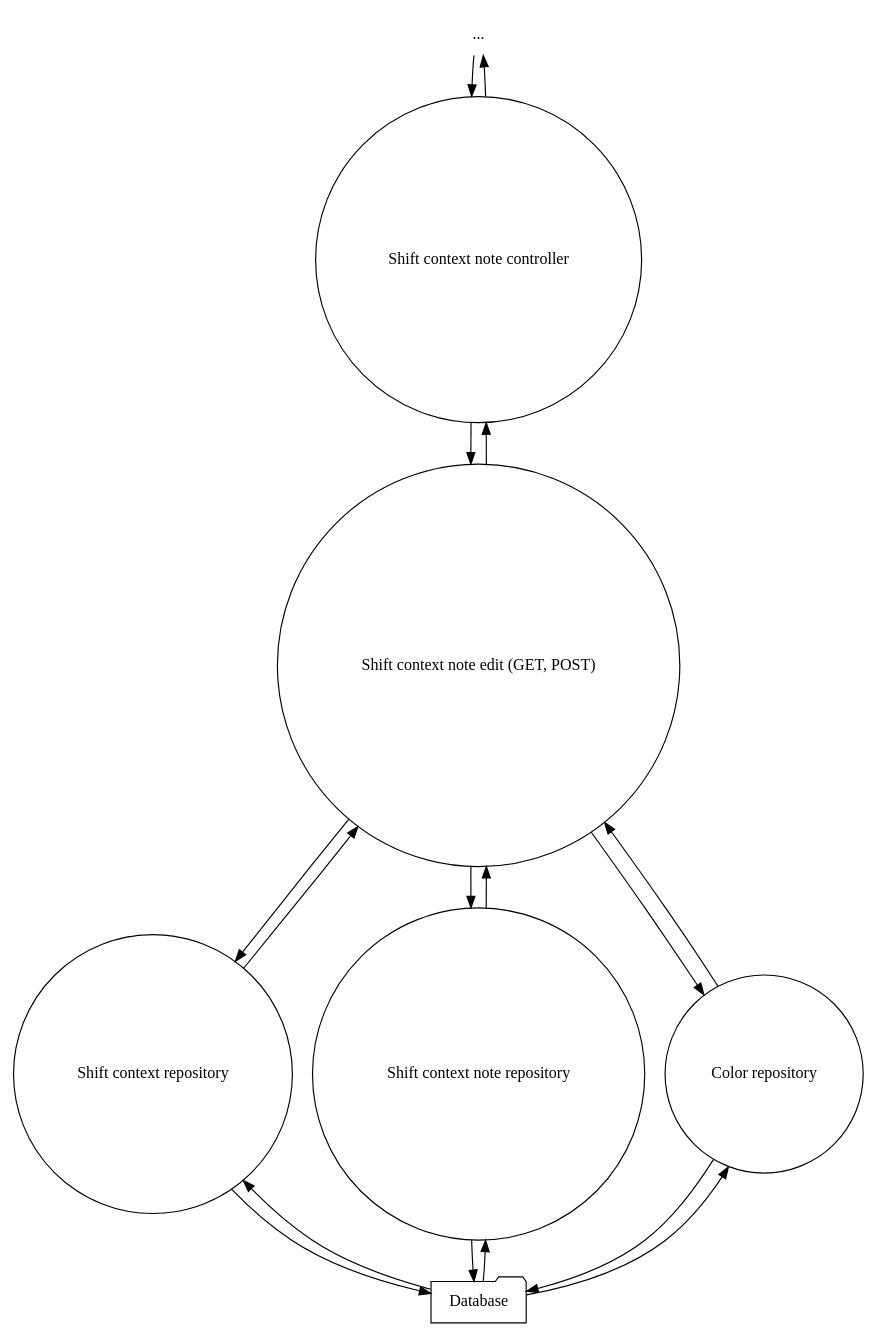
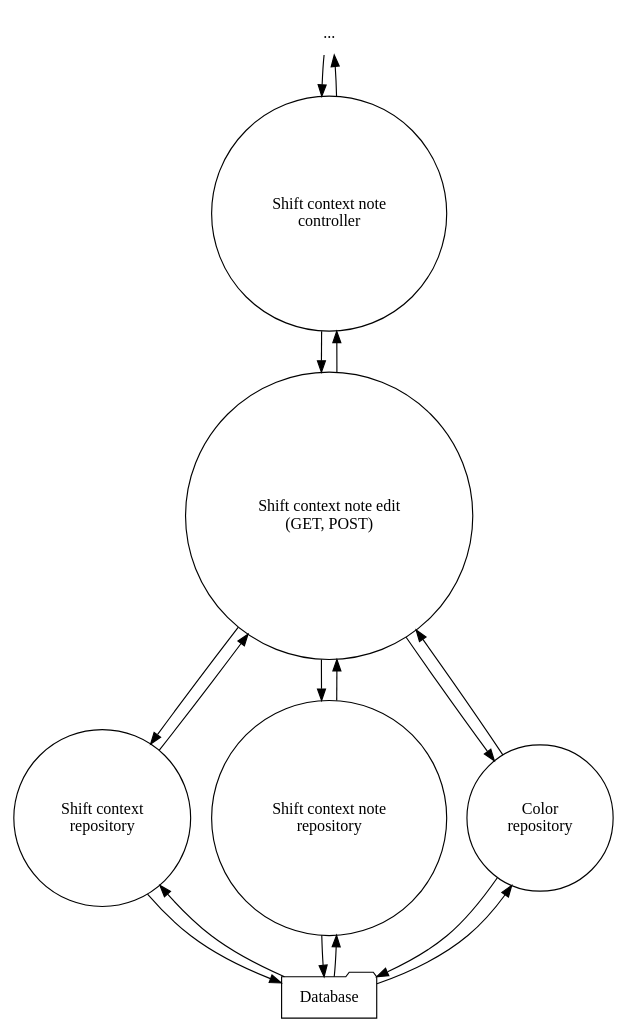
One commit to luke-hamann/stc-cis-248 changed the diagram in design/data_flow_diagrams/level_3.6_shift_context_notes.dot. Above: the diagram before and after it, drawn with Graphviz. The commit also changed 13 other files, not shown here.

```diff
--- a/design/data_flow_diagrams/level_3.6_shift_context_notes.dot
+++ b/design/data_flow_diagrams/level_3.6_shift_context_notes.dot
@@ -1,33 +1,33 @@
 digraph data_flow_diagram {
     node [ shape = circle ]
     
     "..." [ shape = none ]
     
-    "..." -> "Shift context note controller" -> "..."
+    "..." -> "Shift context note\ncontroller" -> "..."
 
-    "Shift context note controller" -> {
-        "Shift context note edit (GET, POST)"
-    } -> "Shift context note controller"
+    "Shift context note\ncontroller" -> {
+        "Shift context note edit\n(GET, POST)"
+    } -> "Shift context note\ncontroller"
     
     subgraph repositories {
         rank = same
         
-        "Shift context repository"
-        "Shift context note repository"
-        "Color repository"
+        "Shift context\nrepository"
+        "Shift context note\nrepository"
+        "Color\nrepository"
     }
     
-    "Shift context note edit (GET, POST)" -> {
-        "Shift context repository"
-        "Shift context note repository"
-        "Color repository"
-    } -> "Shift context note edit (GET, POST)"
+    "Shift context note edit\n(GET, POST)" -> {
+        "Shift context\nrepository"
+        "Shift context note\nrepository"
+        "Color\nrepository"
+    } -> "Shift context note edit\n(GET, POST)"
     
     Database [ shape = folder ]
     
     Database -> {
-        "Shift context repository"
-        "Shift context note repository"
-        "Color repository"
+        "Shift context\nrepository"
+        "Shift context note\nrepository"
+        "Color\nrepository"
     } -> Database
 }
```
